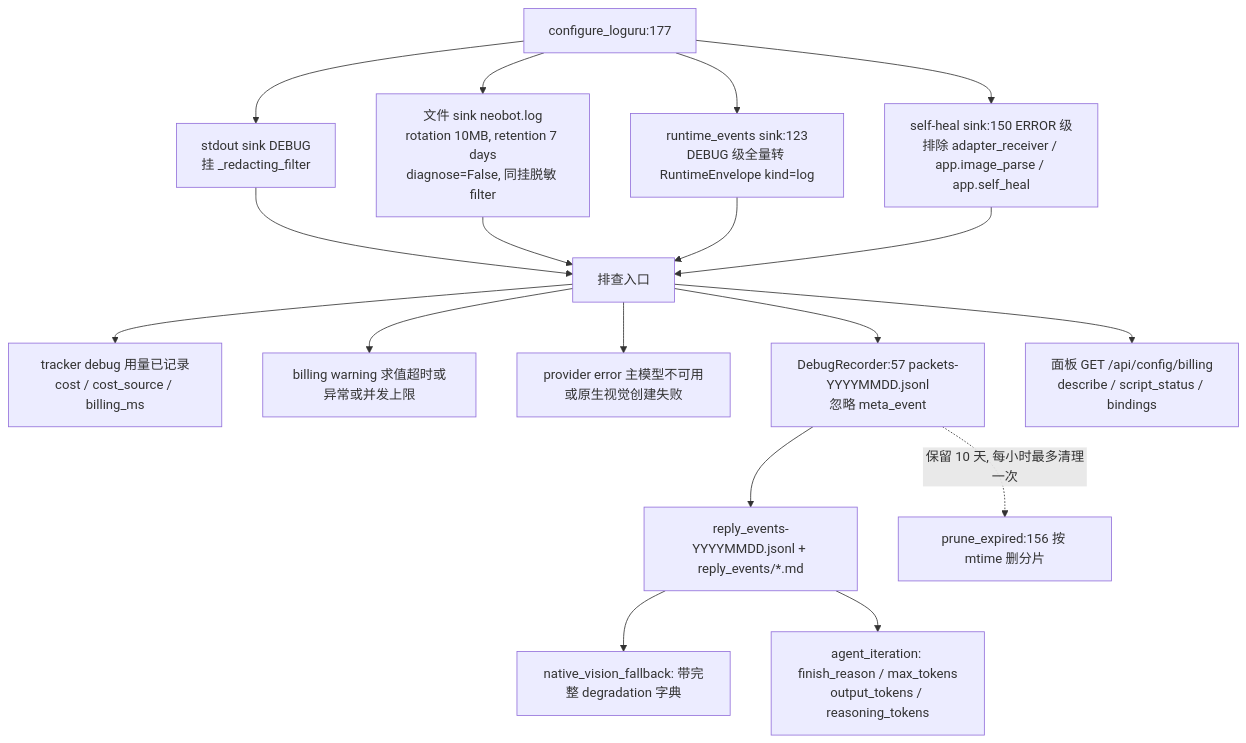
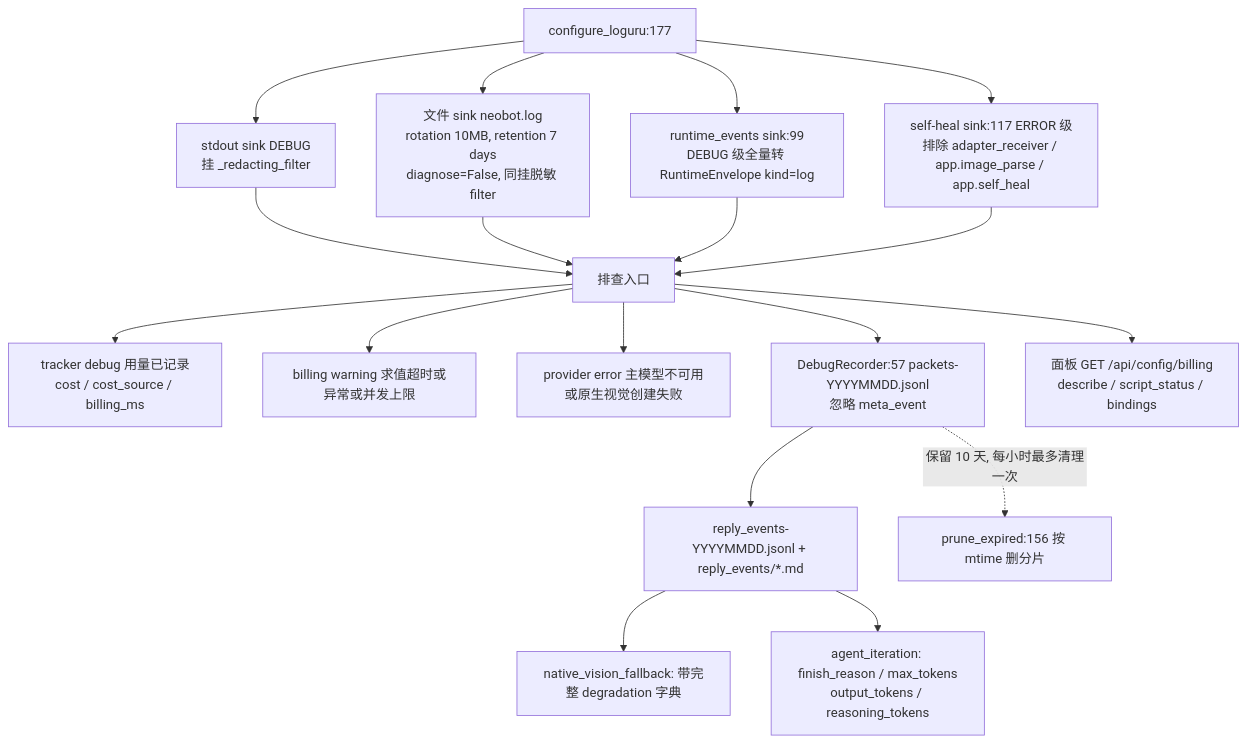
One commit to SuperQuail/NeoBot changed diagram 11 of 11 in docs/flow/05-llm-routing.md. Above: the diagram before and after it, drawn with Mermaid. The commit also changed 2 other files, not shown here.

Commit message:
test(logging): 清理热重载用例的全局规则并校正流程图引用
- registry 分发用例把规则写进全局分类表，结束后 unregister_rule，避免污染后续用例
- 01b 不再声称全仓只有四个 ConfigConsumer
- 05 的 runtime_events / self-heal sink 行号改为当前定义位置

````diff
--- a/docs/flow/05-llm-routing.md
+++ b/docs/flow/05-llm-routing.md
@@ -469,20 +469,20 @@
 ```mermaid
 flowchart TD
     A["configure_loguru:177"] --> B["stdout sink DEBUG<br/>挂 _redacting_filter"]
     A --> C["文件 sink neobot.log<br/>rotation 10MB, retention 7 days<br/>diagnose=False, 同挂脱敏 filter"]
-    A --> D["runtime_events sink:123<br/>DEBUG 级全量转 RuntimeEnvelope kind=log"]
-    A --> E["self-heal sink:150 ERROR 级<br/>排除 adapter_receiver / app.image_parse / app.self_heal"]
+    A --> D["runtime_events sink:99<br/>DEBUG 级全量转 RuntimeEnvelope kind=log"]
+    A --> E["self-heal sink:117 ERROR 级<br/>排除 adapter_receiver / app.image_parse / app.self_heal"]
     B --> F["排查入口"]
     C --> F
     D --> F
     E --> F
     F --> G["tracker debug 用量已记录<br/>cost / cost_source / billing_ms"]
     F --> H["billing warning 求值超时或异常或并发上限"]
     F --> I["provider error 主模型不可用或原生视觉创建失败"]
     F --> J["DebugRecorder:57 packets-YYYYMMDD.jsonl<br/>忽略 meta_event"]
     J --> K["reply_events-YYYYMMDD.jsonl + reply_events/*.md"]
     K --> L["native_vision_fallback: 带完整 degradation 字典"]
     K --> M["agent_iteration: finish_reason / max_tokens<br/>output_tokens / reasoning_tokens"]
     J -.->|"保留 10 天, 每小时最多清理一次"| N["prune_expired:156 按 mtime 删分片"]
     F --> O["面板 GET /api/config/billing<br/>describe / script_status / bindings"]
 ```
````
